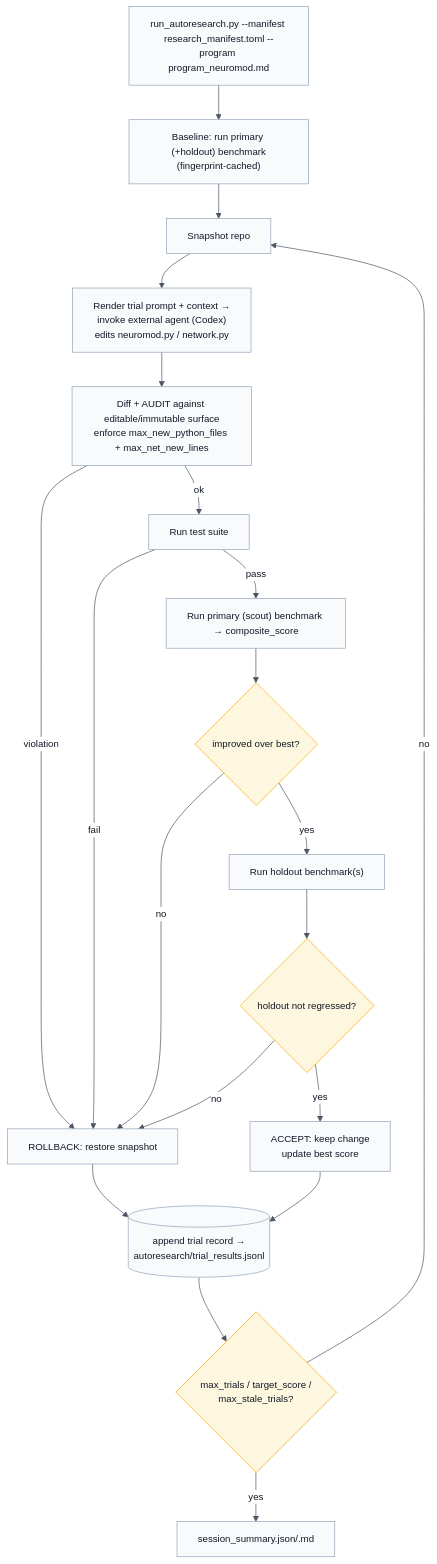
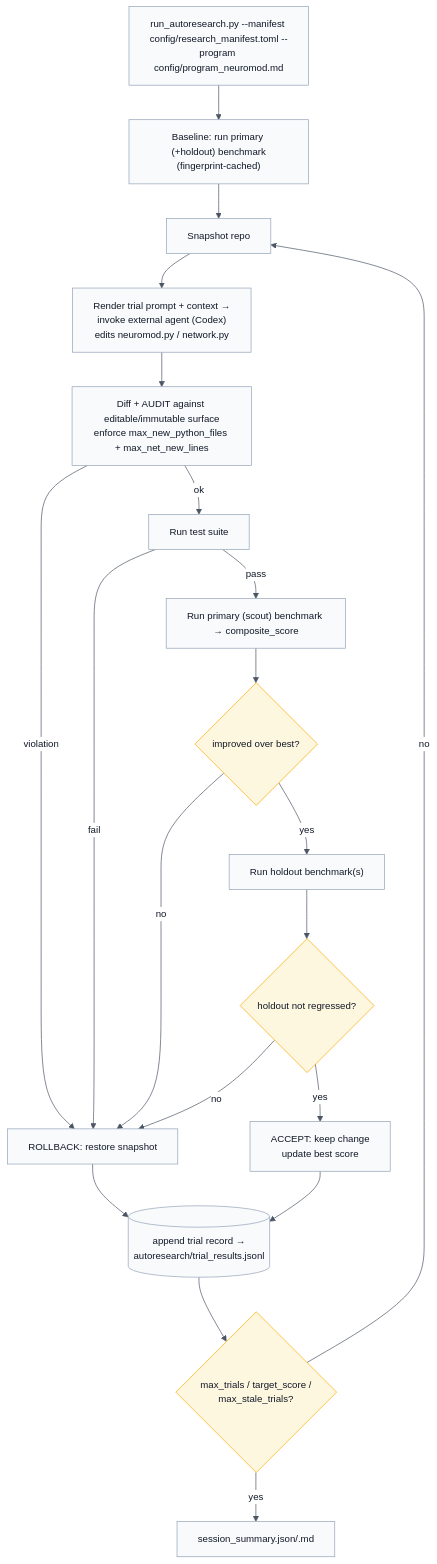
Before and after one commit to Elijahtab/Non-Stationary-Meta-Learning: the fifth of 5 diagrams in docs/spec/01-research-flow.md, drawn with Mermaid. The commit also changed 34 other files, not shown here.

````diff
--- a/docs/spec/01-research-flow.md
+++ b/docs/spec/01-research-flow.md
@@ -166,37 +166,37 @@
 ```mermaid
 %%{init: {'themeVariables': {'fontSize': '14px', 'textColor': '#111827', 'lineColor': '#4b5563', 'edgeLabelBackground': '#ffffff'}}}%%
 flowchart TB
-    START["run_autoresearch.py --manifest research_manifest.toml --program program_neuromod.md"]
+    START["run_autoresearch.py --manifest config/research_manifest.toml --program config/program_neuromod.md"]
     BASE["Baseline: run primary (+holdout) benchmark<br/>(fingerprint-cached)"]
     SNAP["Snapshot repo"]
     AGENT["Render trial prompt + context →<br/>invoke external agent (Codex)<br/>edits neuromod.py / network.py"]
     DIFF["Diff + AUDIT against editable/immutable surface<br/>enforce max_new_python_files + max_net_new_lines"]
     TESTS["Run test suite"]
     PRIM["Run primary (scout) benchmark → composite_score"]
     IMP{"improved over best?"}
     HOLD["Run holdout benchmark(s)"]
     REG{"holdout not regressed?"}
     ACCEPT["ACCEPT: keep change<br/>update best score"]
     ROLLBACK["ROLLBACK: restore snapshot"]
     LEDGER[("append trial record →<br/>autoresearch/trial_results.jsonl")]
     STOP{"max_trials / target_score /<br/>max_stale_trials?"}
 
     START --> BASE --> SNAP --> AGENT --> DIFF
     DIFF -- "violation" --> ROLLBACK
     DIFF -- "ok" --> TESTS
     TESTS -- "fail" --> ROLLBACK
     TESTS -- "pass" --> PRIM --> IMP
     IMP -- "no" --> ROLLBACK
     IMP -- "yes" --> HOLD --> REG
     REG -- "no" --> ROLLBACK
     REG -- "yes" --> ACCEPT
     ACCEPT --> LEDGER
     ROLLBACK --> LEDGER
     LEDGER --> STOP
     STOP -- "no" --> SNAP
     STOP -- "yes" --> DONE["session_summary.json/.md"]
 
     classDef default fill:#f8fafc,stroke:#94a3b8,color:#111827;
     classDef gate fill:#fef7e0,stroke:#f9ab00,color:#111827;
     class IMP,REG,STOP gate;
 ```
````
